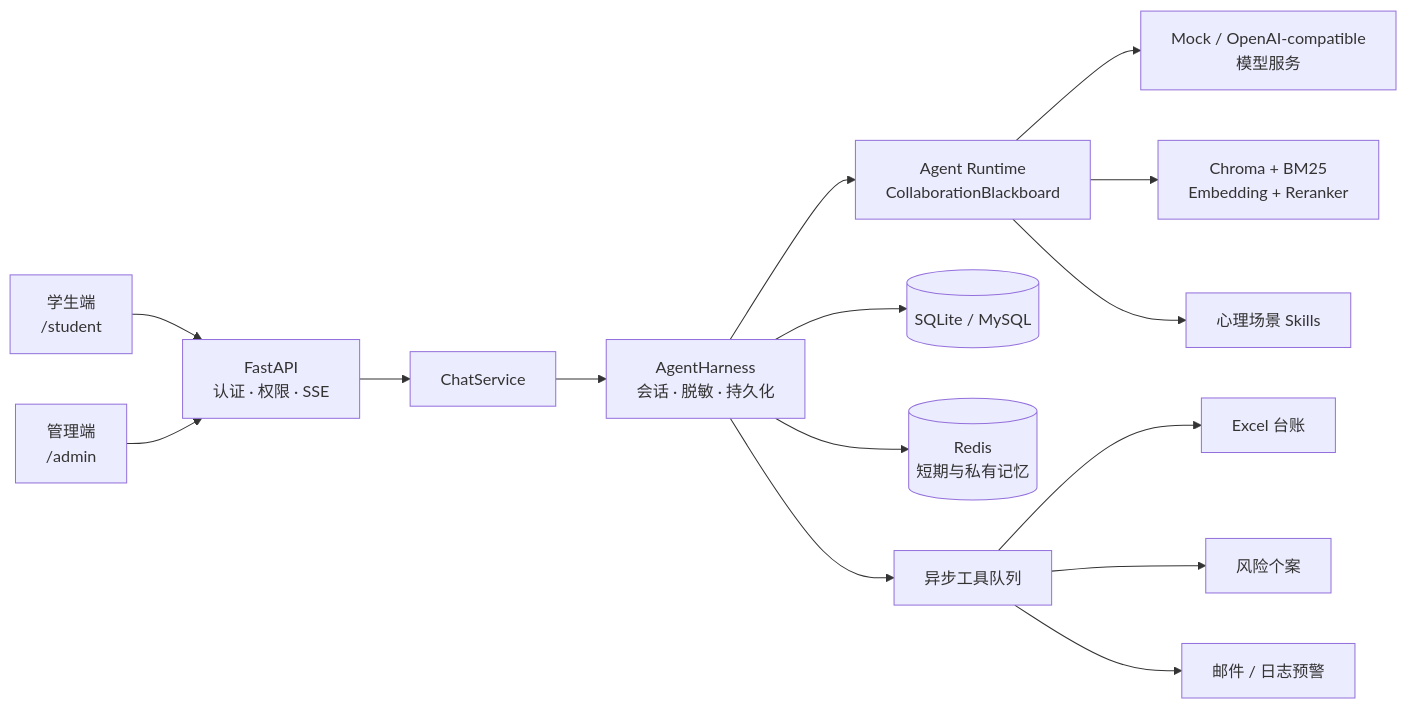
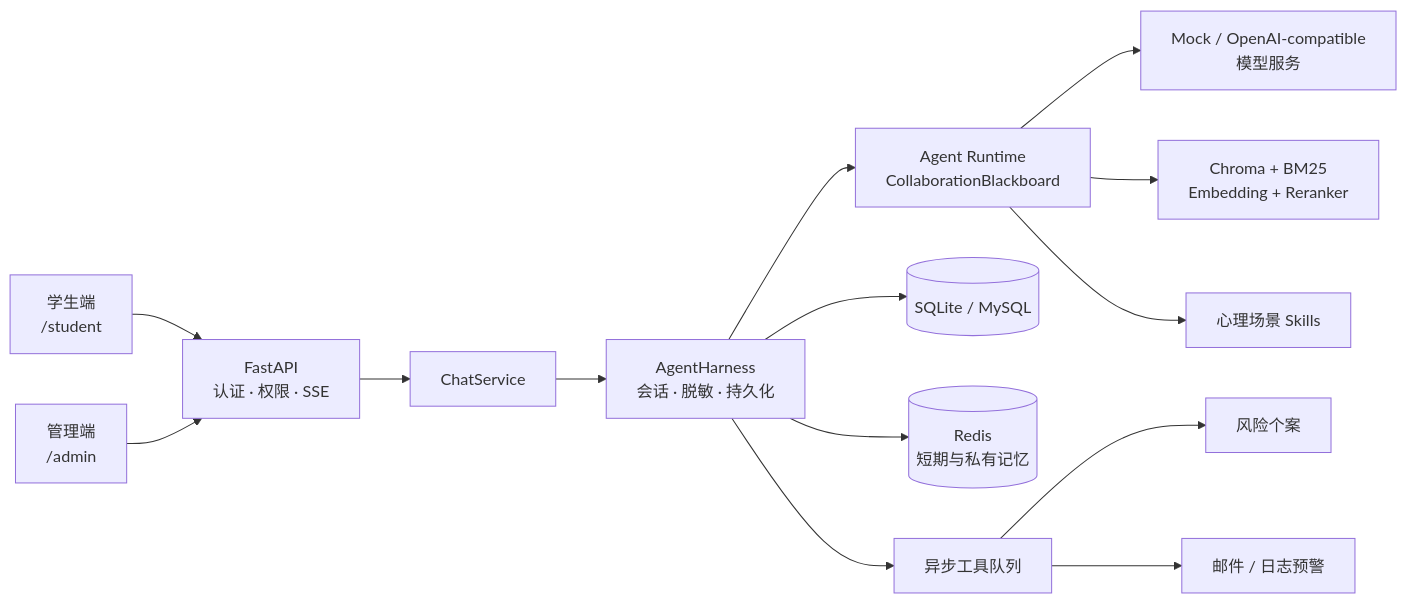
The diagram in README.md (zlff003/MindNook), drawn with Mermaid before and after one commit. The commit also changed other lines of this file and 29 other files, not shown here.

````diff
--- a/README.md
+++ b/README.md
@@ -44,21 +44,20 @@
 ```mermaid
 flowchart LR
     Student[学生端<br/>/student] --> API[FastAPI<br/>认证 · 权限 · SSE]
     Admin[管理端<br/>/admin] --> API
 
     API --> Chat[ChatService]
     Chat --> Harness[AgentHarness<br/>会话 · 脱敏 · 持久化]
     Harness --> Runtime[Agent Runtime<br/>CollaborationBlackboard]
 
     Runtime --> Model[Mock / OpenAI-compatible<br/>模型服务]
     Runtime --> RAG[Chroma + BM25<br/>Embedding + Reranker]
     Runtime --> Skills[心理场景 Skills]
 
     Harness --> DB[(SQLite / MySQL)]
     Harness --> Memory[(Redis<br/>短期与私有记忆)]
     Harness --> Queue[异步工具队列]
 
-    Queue --> Excel[Excel 台账]
     Queue --> Cases[风险个案]
     Queue --> Alerts[邮件 / 日志预警]
 ```
````
